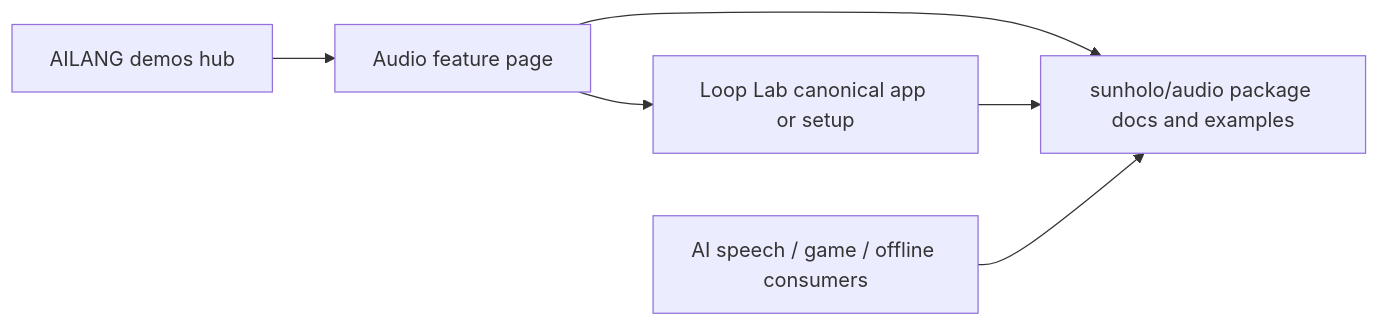
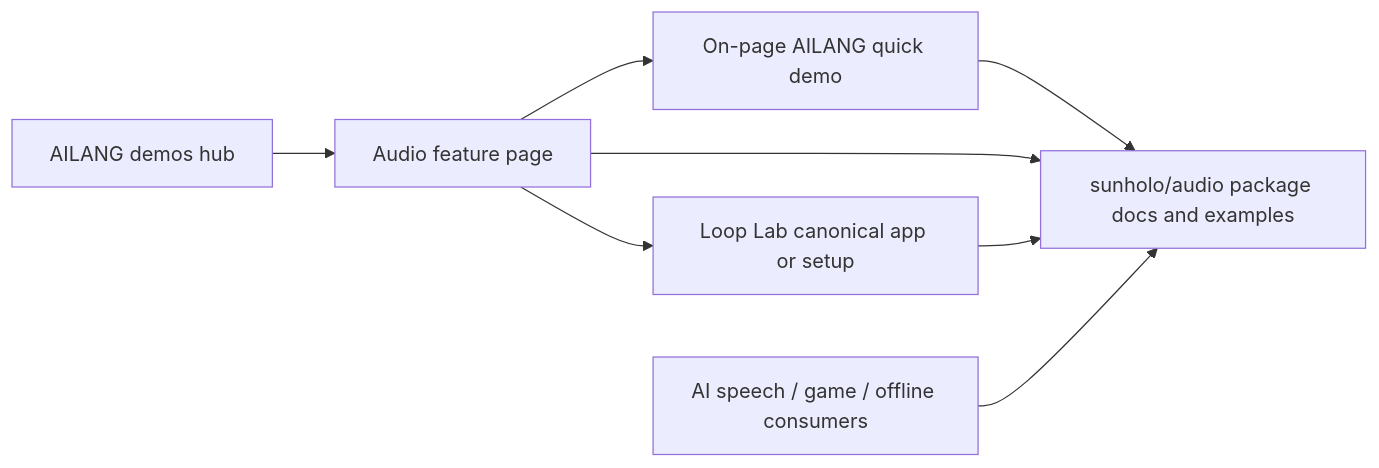
Before and after one commit to sunholo-data/ailang-demos: the diagram in audio_tools/DESIGN_SPEC.md, drawn with Mermaid. The commit also changed other lines of this file, not shown here.

Commit message:
Design: require a working on-page audio quick demo

````diff
--- a/audio_tools/DESIGN_SPEC.md
+++ b/audio_tools/DESIGN_SPEC.md
@@ -82,8 +121,10 @@
 ```mermaid
 flowchart LR
   H[AILANG demos hub] --> S[Audio feature page]
+  S --> Q[On-page AILANG quick demo]
+  Q --> P[sunholo/audio package docs and examples]
   S --> L[Loop Lab canonical app or setup]
-  S --> P[sunholo/audio package docs and examples]
+  S --> P
   L --> P
   A[AI speech / game / offline consumers] --> P
 ```
````
